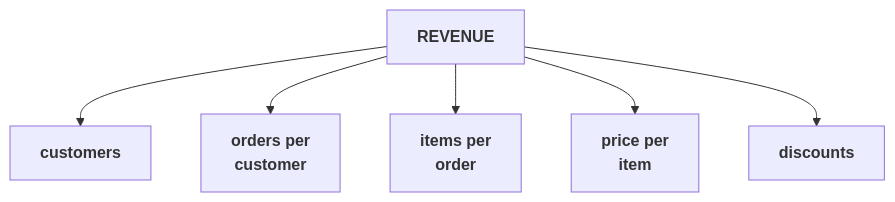
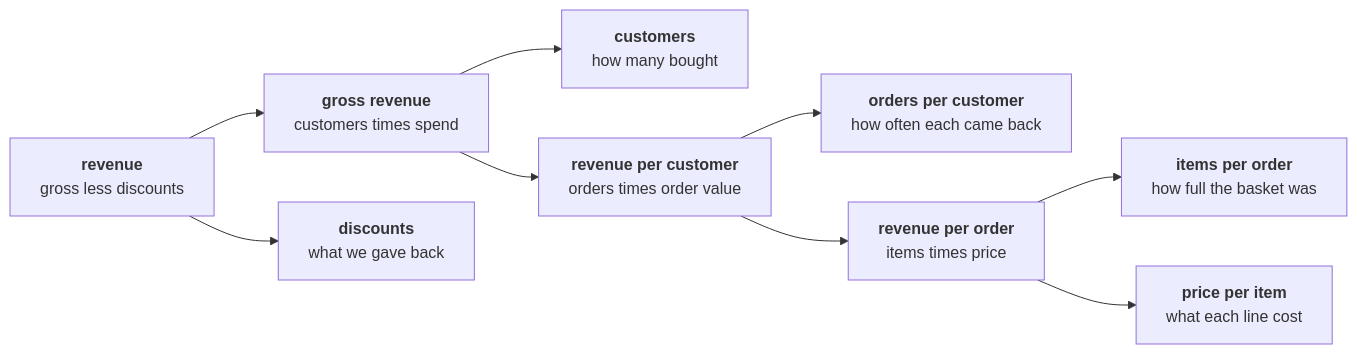
One commit to fde-academy-lab/c2-content-factory changed the diagram in content/W01/D1/cheatsheets/C2_W01_D01_revenue_tree_STUDENT.md. Above: the diagram before and after it, drawn with Mermaid. The commit also changed other lines of this file and 6 other files, not shown here.

````diff
--- a/content/W01/D1/cheatsheets/C2_W01_D01_revenue_tree_STUDENT.md
+++ b/content/W01/D1/cheatsheets/C2_W01_D01_revenue_tree_STUDENT.md
@@ -8,9 +8,11 @@
 ```mermaid
-flowchart TB
-    R["<b>REVENUE</b>"]
-    R --> C["<b>customers</b>"]
-    R --> F["<b>orders per<br/>customer</b>"]
-    R --> I["<b>items per<br/>order</b>"]
-    R --> P["<b>price per<br/>item</b>"]
-    R --> D["<b>discounts</b>"]
+flowchart LR
+    R["<b>revenue</b><br/>gross less discounts"] --> G["<b>gross revenue</b><br/>customers times spend"]
+    R --> D["<b>discounts</b><br/>what we gave back"]
+    G --> C["<b>customers</b><br/>how many bought"]
+    G --> V["<b>revenue per customer</b><br/>orders times order value"]
+    V --> F["<b>orders per customer</b><br/>how often each came back"]
+    V --> O["<b>revenue per order</b><br/>items times price"]
+    O --> B["<b>items per order</b><br/>how full the basket was"]
+    O --> P["<b>price per item</b><br/>what each line cost"]
 ```
````
